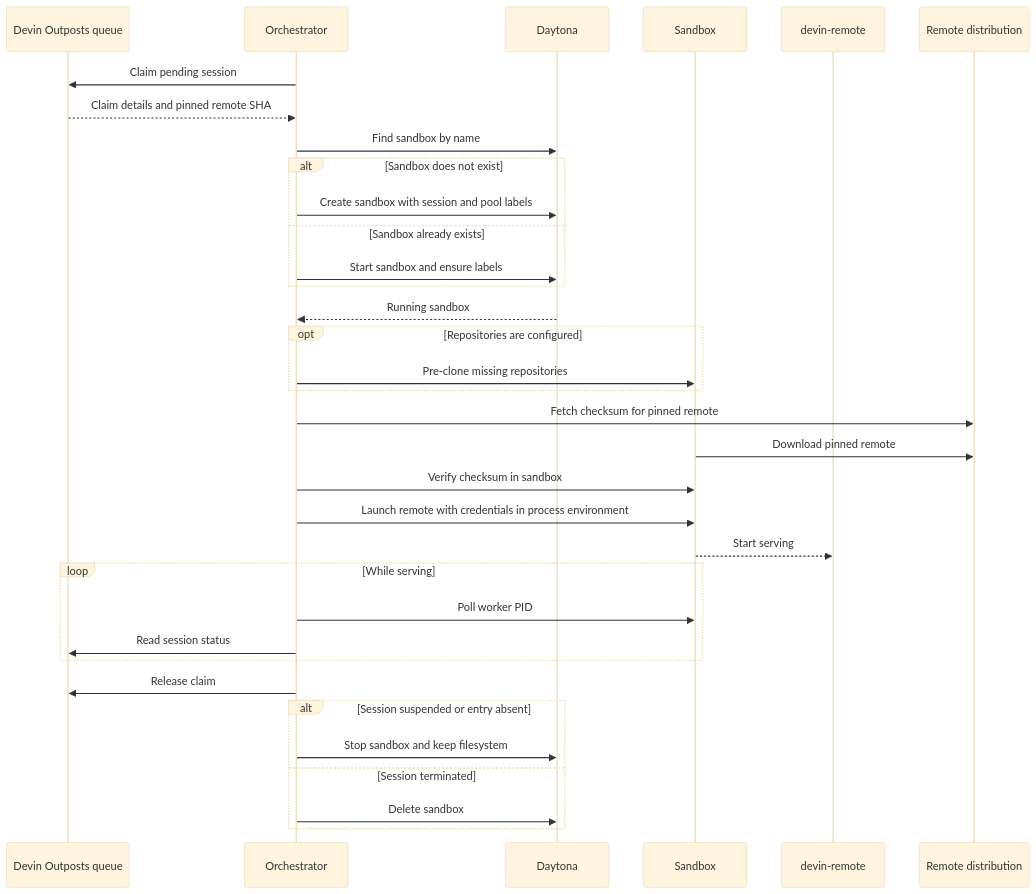
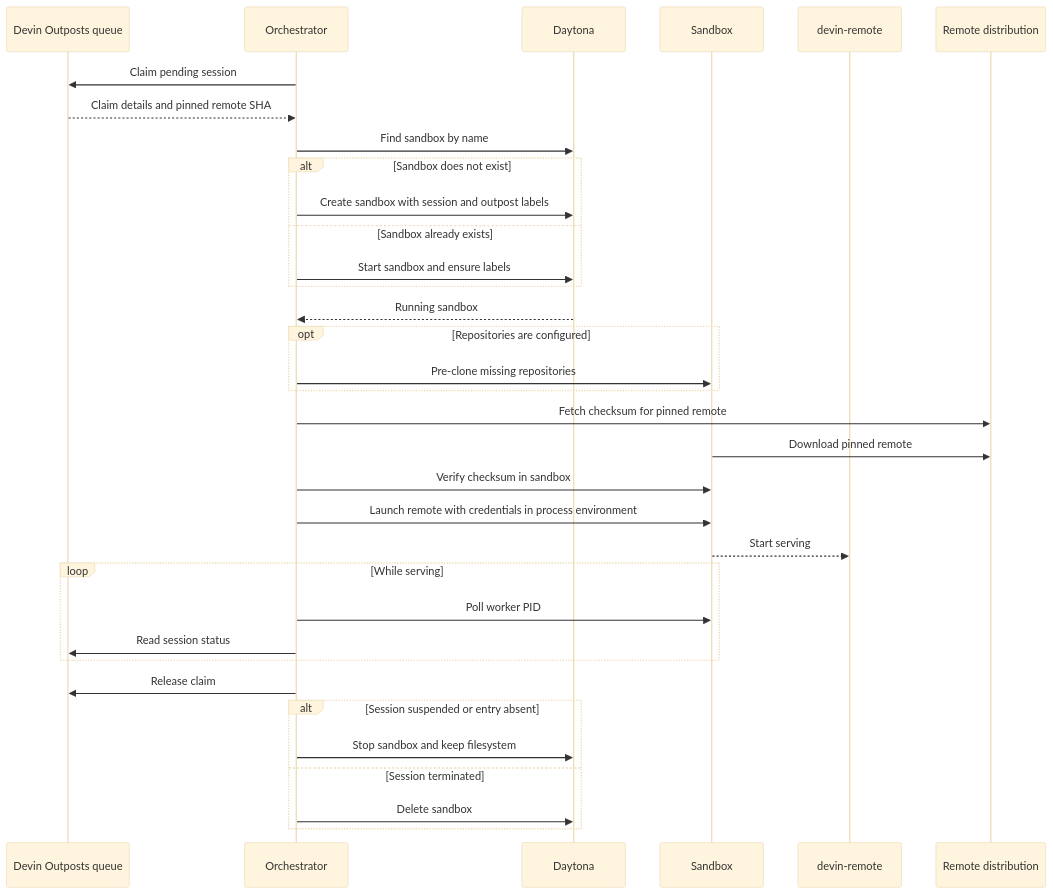
One commit to daytona/guides changed the third of 3 diagrams in python/cognition/devin-outposts/docs/ARCHITECTURE.md. Above: the diagram before and after it, drawn with Mermaid (base theme). The commit also changed other lines of this file and 12 other files, not shown here.

````diff
--- a/python/cognition/devin-outposts/docs/ARCHITECTURE.md
+++ b/python/cognition/devin-outposts/docs/ARCHITECTURE.md
@@ -51,37 +51,37 @@
 ```mermaid
 sequenceDiagram
     participant Q as Devin Outposts queue
     participant O as Orchestrator
     participant D as Daytona
     participant S as Sandbox
     participant R as devin-remote
     participant C as Remote distribution
 
     O->>Q: Claim pending session
     Q-->>O: Claim details and pinned remote SHA
     O->>D: Find sandbox by name
     alt Sandbox does not exist
-        O->>D: Create sandbox with session and pool labels
+        O->>D: Create sandbox with session and outpost labels
     else Sandbox already exists
         O->>D: Start sandbox and ensure labels
     end
     D-->>O: Running sandbox
     opt Repositories are configured
         O->>S: Pre-clone missing repositories
     end
     O->>C: Fetch checksum for pinned remote
     S->>C: Download pinned remote
     O->>S: Verify checksum in sandbox
     O->>S: Launch remote with credentials in process environment
     S-->>R: Start serving
     loop While serving
         O->>S: Poll worker PID
         O->>Q: Read session status
     end
     O->>Q: Release claim
     alt Session suspended or entry absent
         O->>D: Stop sandbox and keep filesystem
     else Session terminated
         O->>D: Delete sandbox
     end
 ```
````
